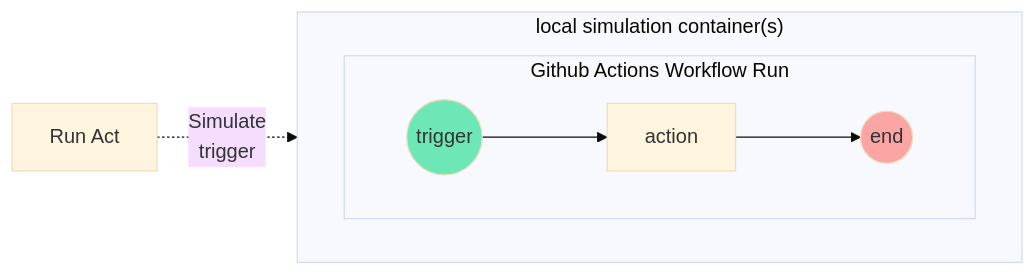
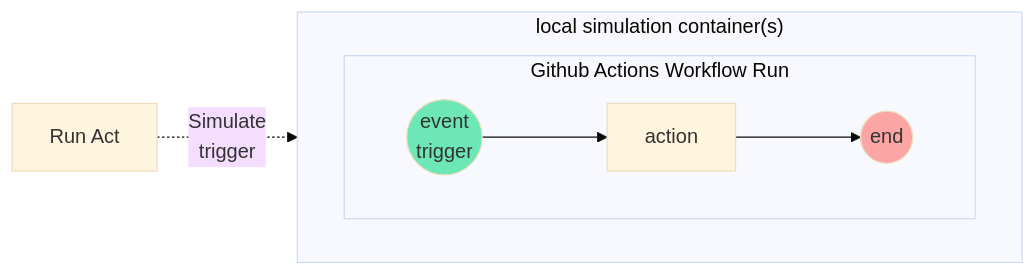
One commit to CU-DBMI/set-website changed the third of 4 diagrams in _posts/2023-02-27-Repository-Workflows-with-Github-Actions.md. Above: the diagram before and after it, drawn with Mermaid (base theme). The commit also changed other lines of this file, not shown here.

```diff
--- a/_posts/2023-02-27-Repository-Workflows-with-Github-Actions.md
+++ b/_posts/2023-02-27-Repository-Workflows-with-Github-Actions.md
@@ -58,15 +61,15 @@
 <pre class="mermaid">
 flowchart LR
   subgraph container ["local simulation container(s)"]
     direction LR
     subgraph workflow [Github Actions Workflow Run]
       direction LR
-      start((trigger))
+      start((event\ntrigger))
       action --> en((end))
     end
   end
   start --> action
   act[Run Act] -.-> |Simulate\ntrigger| start
   style start fill:#6EE7B7
   style en fill:#FCA5A5
 </pre>
```
